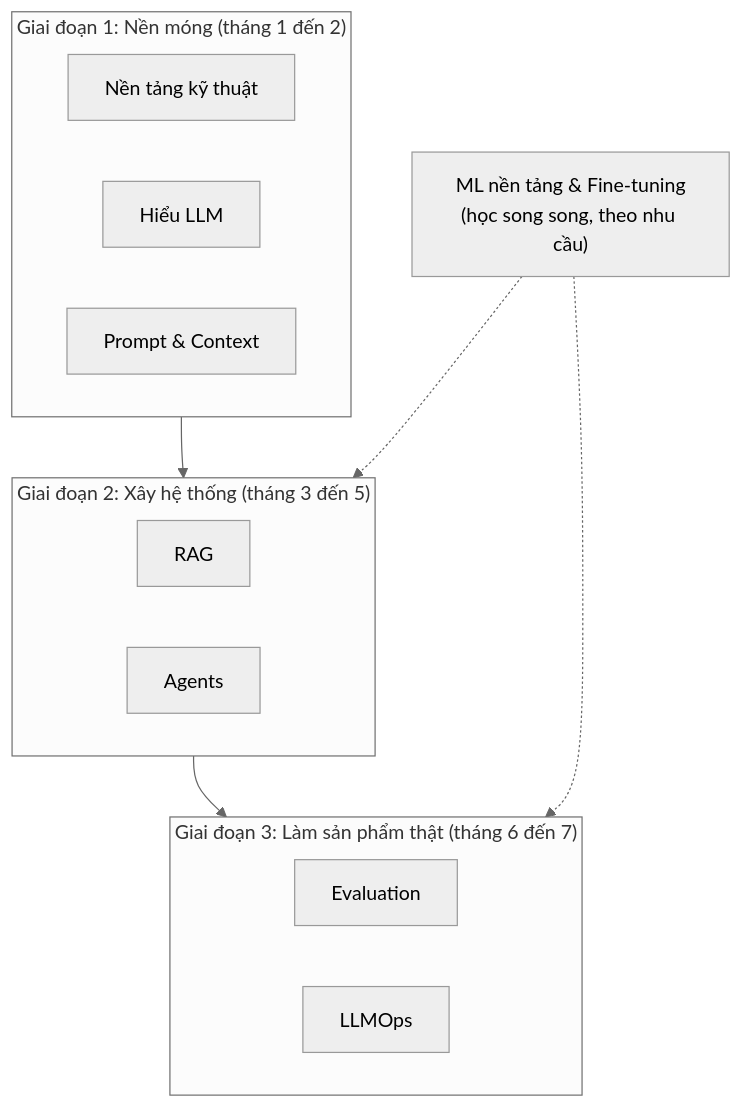
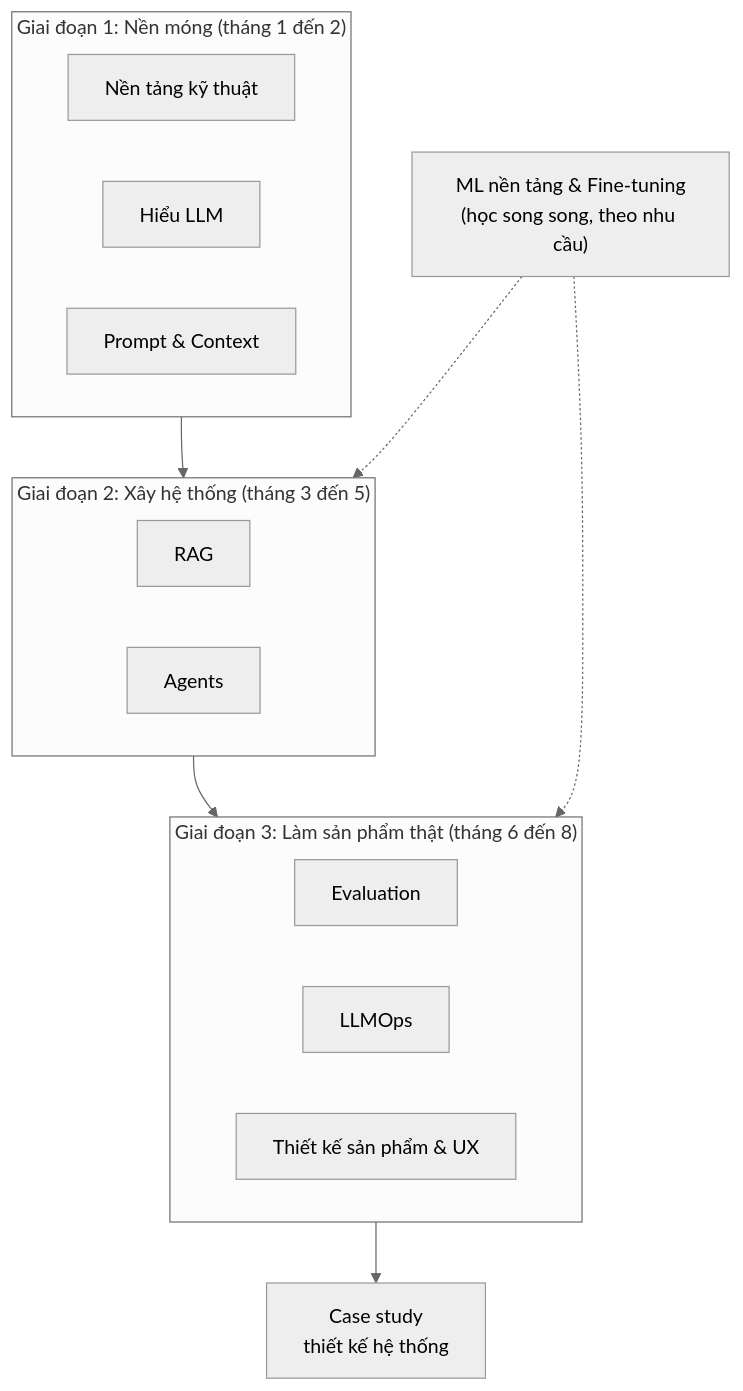
One commit to leenguyen01it/langchain-docs changed the diagram in docs/roadmap/index.md. Above: the diagram before and after it, drawn with Mermaid (neutral theme). The commit also changed other lines of this file and 13 other files, not shown here.

````diff
--- a/docs/roadmap/index.md
+++ b/docs/roadmap/index.md
@@ -21,20 +21,22 @@
 ```mermaid
 flowchart TB
   subgraph G1["Giai đoạn 1: Nền móng (tháng 1 đến 2)"]
     A["Nền tảng kỹ thuật"]
     B["Hiểu LLM"]
     C["Prompt & Context"]
   end
   subgraph G2["Giai đoạn 2: Xây hệ thống (tháng 3 đến 5)"]
     D["RAG"]
     E["Agents"]
   end
-  subgraph G3["Giai đoạn 3: Làm sản phẩm thật (tháng 6 đến 7)"]
+  subgraph G3["Giai đoạn 3: Làm sản phẩm thật (tháng 6 đến 8)"]
     F["Evaluation"]
     G["LLMOps"]
+    P["Thiết kế sản phẩm & UX"]
   end
+  CS["Case study<br/>thiết kế hệ thống"]
   H["ML nền tảng & Fine-tuning<br/>(học song song, theo nhu cầu)"]
-  G1 --> G2 --> G3
+  G1 --> G2 --> G3 --> CS
   H -.-> G2
   H -.-> G3
 ```
````
